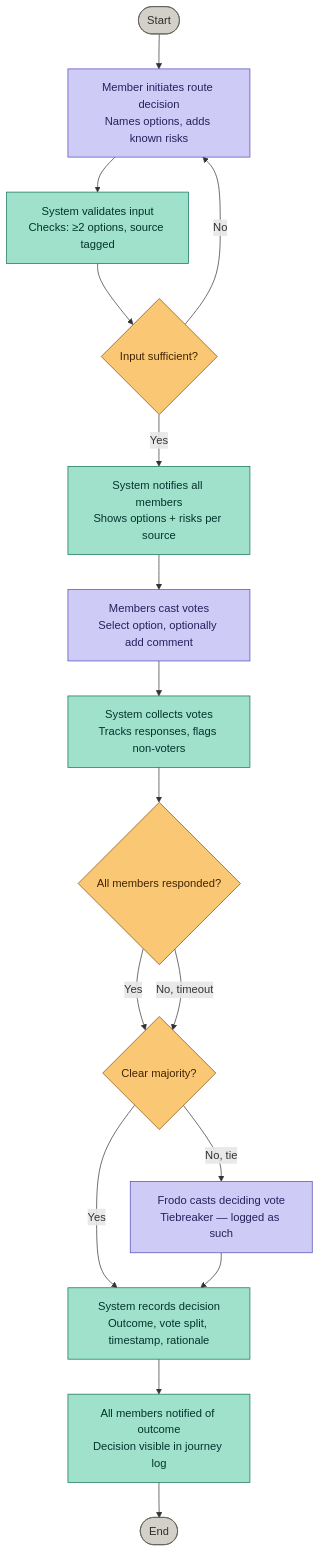
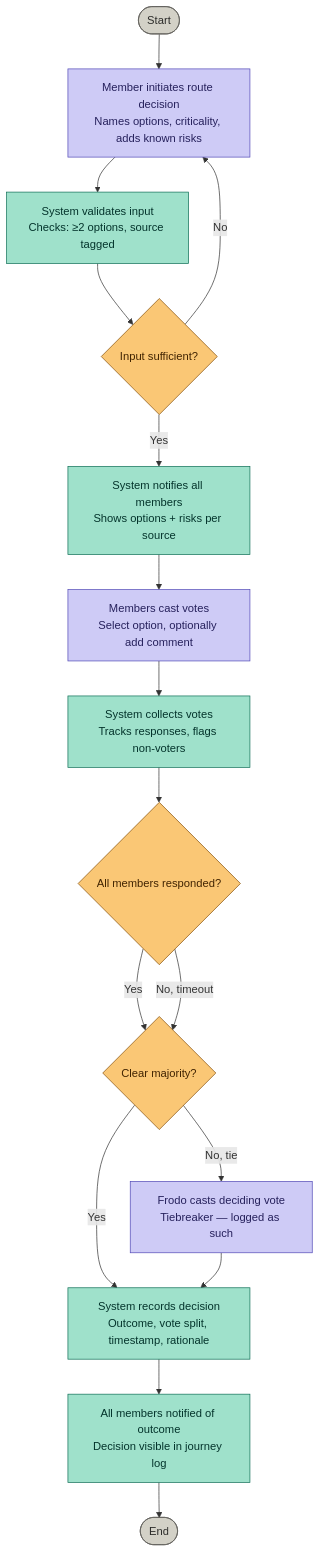
One commit to Goldberries1180/The-Fellowship-of-the-Code-2026 changed the diagram in artifacts/artifact-2/src/artifact-2-deciding.md. Above: the diagram before and after it, drawn with Mermaid.

````diff
--- a/artifacts/artifact-2/src/artifact-2-deciding.md
+++ b/artifacts/artifact-2/src/artifact-2-deciding.md
@@ -36,56 +36,56 @@
 ```mermaid
 %%Old Tom Bombadil is a merry fellow;
 %%Bright blue his jacket is, and his boots are yellow.
 flowchart TD
     A([Start]) --> B
 
-    B["Member initiates route decision<br>Names options, adds known risks"]
+    B["Member initiates route decision<br>Names options, criticality, adds known risks"]
     B --> C
 
     C["System validates input<br>Checks: ≥2 options, source tagged"]
     C --> D
 
     D{Input sufficient?}
     D -- No --> B
     D -- Yes --> E
 
     E["System notifies all members<br>Shows options + risks per source"]
     E --> F
 
     F["Members cast votes<br>Select option, optionally add comment"]
     F --> G
 
     G["System collects votes<br>Tracks responses, flags non-voters"]
     G --> H
 
     H{All members responded?}
     H -- Yes --> I
     H -- No, timeout --> I
 
     I{Clear majority?}
     I -- Yes --> J
     I -- No, tie --> K
 
     K["Frodo casts deciding vote<br>Tiebreaker — logged as such"]
     K --> J
 
     J["System records decision<br>Outcome, vote split, timestamp, rationale"]
     J --> L
 
     L["All members notified of outcome<br>Decision visible in journey log"]
     L --> M([End])
 
     style A fill:#D3D1C7,stroke:#5F5E5A,color:#2C2C2A
     style M fill:#D3D1C7,stroke:#5F5E5A,color:#2C2C2A
     style D fill:#FAC775,stroke:#854F0B,color:#412402
     style H fill:#FAC775,stroke:#854F0B,color:#412402
     style I fill:#FAC775,stroke:#854F0B,color:#412402
     style B fill:#CECBF6,stroke:#534AB7,color:#26215C
     style F fill:#CECBF6,stroke:#534AB7,color:#26215C
     style K fill:#CECBF6,stroke:#534AB7,color:#26215C
     style C fill:#9FE1CB,stroke:#0F6E56,color:#04342C
     style E fill:#9FE1CB,stroke:#0F6E56,color:#04342C
     style G fill:#9FE1CB,stroke:#0F6E56,color:#04342C
     style J fill:#9FE1CB,stroke:#0F6E56,color:#04342C
     style L fill:#9FE1CB,stroke:#0F6E56,color:#04342C
 ```
````
